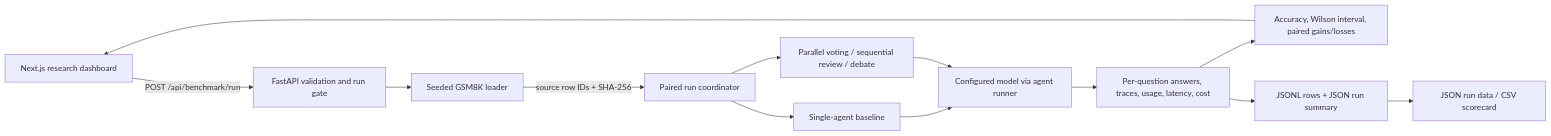
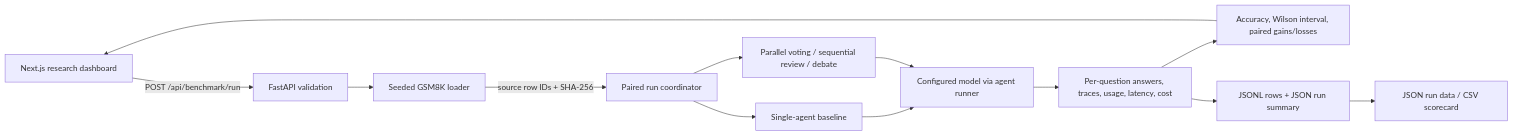
One commit to miyannishar/agent-architecture-research changed the diagram in docs/progress_report_8_9.md. Above: the diagram before and after it, drawn with Mermaid. The commit also changed other lines of this file and 4 other files, not shown here.

````diff
--- a/docs/progress_report_8_9.md
+++ b/docs/progress_report_8_9.md
@@ -33,15 +33,15 @@
 ```mermaid
 flowchart LR
-    UI[Next.js research dashboard] -->|POST /api/benchmark/run| API[FastAPI validation and run gate]
+    UI[Next.js research dashboard] -->|POST /api/benchmark/run| API[FastAPI validation]
     API --> DATA[Seeded GSM8K loader]
     DATA -->|source row IDs + SHA-256| COORD[Paired run coordinator]
     COORD --> BASE[Single-agent baseline]
     COORD --> ARCH[Parallel voting / sequential review / debate]
     BASE --> LLM[Configured model via agent runner]
     ARCH --> LLM
     LLM --> ROWS[Per-question answers, traces, usage, latency, cost]
     ROWS --> STATS[Accuracy, Wilson interval, paired gains/losses]
     ROWS --> FILES[JSONL rows + JSON run summary]
     STATS --> UI
     FILES --> EXPORT[JSON run data / CSV scorecard]
 ```
````
